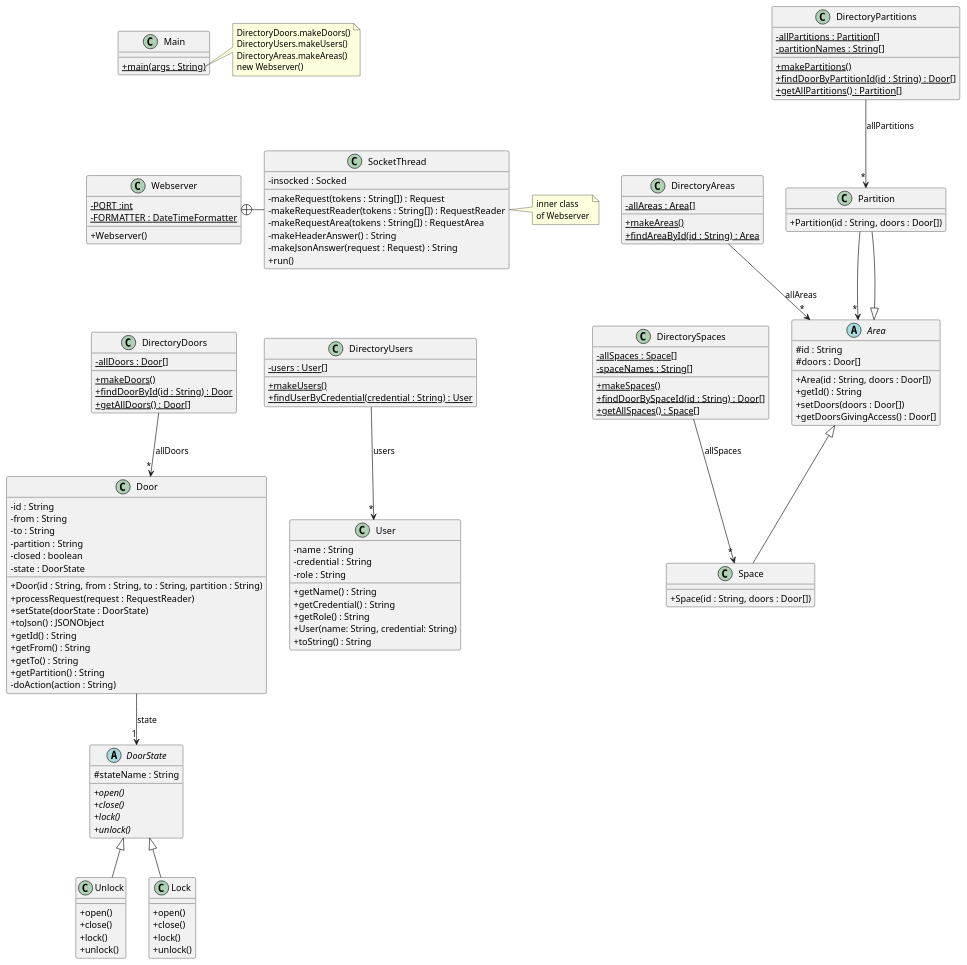
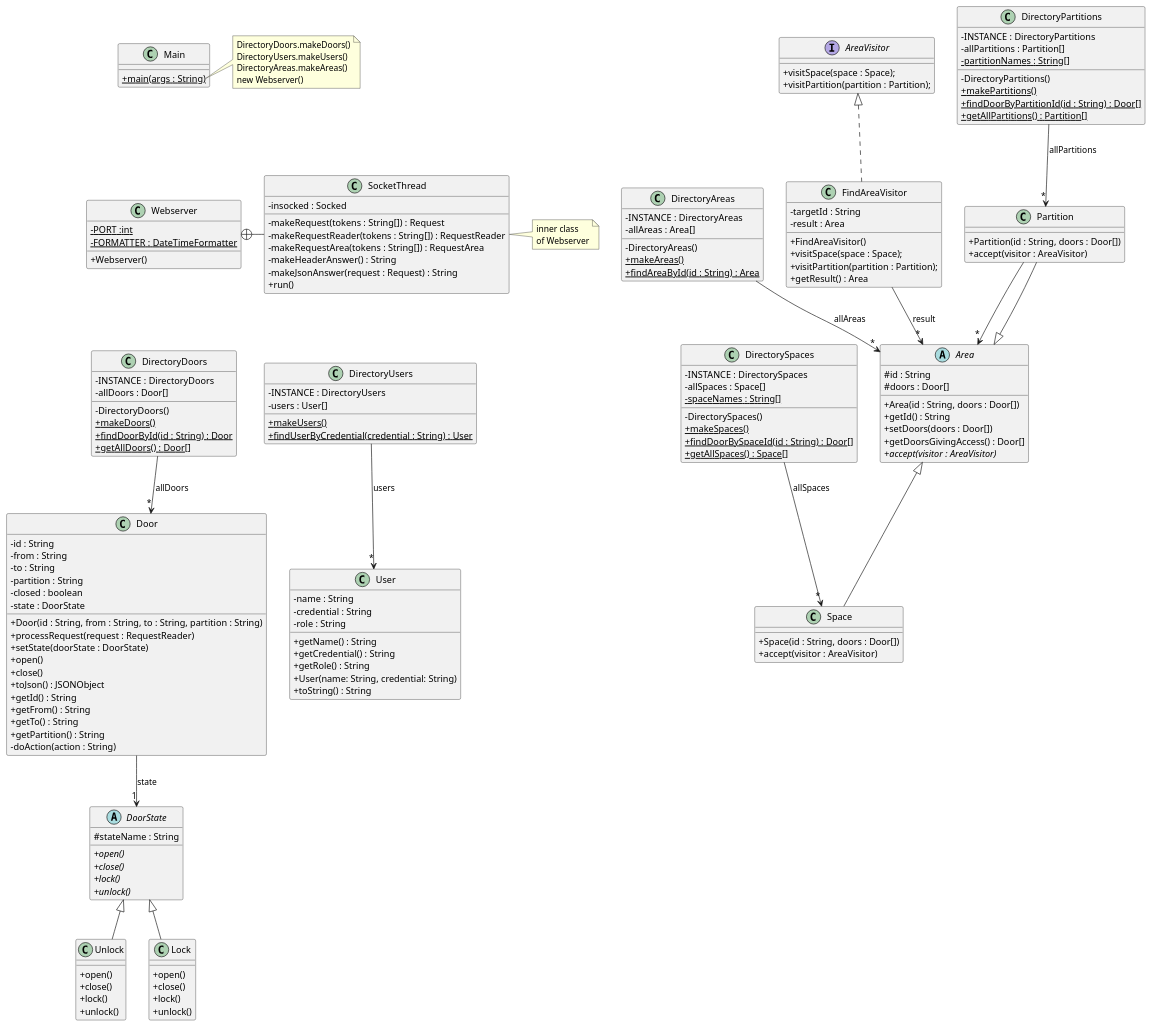
Before and after one commit to davidal15/Projecte-DS: the diagram in src/baseNoStates/uml/base_no_states.puml, drawn with PlantUML.

Commit message:
2.6.1 patro visitor i refactoring

```diff
--- a/src/baseNoStates/uml/base_no_states.puml
+++ b/src/baseNoStates/uml/base_no_states.puml
@@ -1,166 +1,196 @@
 @startuml
 'https://plantuml.com/class-diagram
 skinparam classAttributeIconSize 0
 
 class Webserver {
 - {static} PORT :int
 - {static} FORMATTER : DateTimeFormatter
 + Webserver()
 }
 
 class SocketThread {
 - insocked : Socked
 - makeRequest(tokens : String[]) : Request
 - makeRequestReader(tokens : String[]) : RequestReader
 - makeRequestArea(tokens : String[]) : RequestArea
 - makeHeaderAnswer() : String
 - makeJsonAnswer(request : Request) : String
 + run()
 }
 
 Webserver +-right- SocketThread
 
 note right of SocketThread
 inner class
 of Webserver
 end note
 
 class DirectoryDoors {
-- {static} allDoors : Door[]
+- INSTANCE : DirectoryDoors
+- allDoors : Door[]
+- DirectoryDoors()
 + {static} makeDoors()
 + {static} findDoorById(id : String) : Door
 + {static} getAllDoors() : Door[]
 }
 
 DirectoryDoors --> "*" Door : "allDoors"
 Partition --> "*" Area
 
 class DirectoryUsers {
-- {static} users : User[]
+- INSTANCE : DirectoryUsers
+- users : User[]
 + {static} makeUsers()
 + {static} findUserByCredential(credential : String) : User
 }
 
 DirectoryUsers --> "*" User : "users"
 
 class DirectorySpaces {
--{static} allSpaces : Space[]
+- INSTANCE : DirectorySpaces
+- allSpaces : Space[]
 -{static} spaceNames : String[]
+- DirectorySpaces()
 +{static} makeSpaces()
 +{static} findDoorBySpaceId(id : String) : Door[]
 +{static} getAllSpaces() : Space[]
 }
 
 DirectorySpaces --> "*" Space : "allSpaces"
 
 class DirectoryPartitions {
--{static} allPartitions : Partition[]
+- INSTANCE : DirectoryPartitions
+- allPartitions : Partition[]
 -{static} partitionNames : String[]
+- DirectoryPartitions()
 +{static} makePartitions()
 +{static} findDoorByPartitionId(id : String) : Door[]
 +{static} getAllPartitions() : Partition[]
 }
 
 DirectoryPartitions --> "*" Partition : "allPartitions"
 
 class DirectoryAreas {
-- {static} allAreas : Area[]
+- INSTANCE : DirectoryAreas
+- allAreas : Area[]
+- DirectoryAreas()
 + {static} makeAreas()
 + {static} findAreaById(id : String) : Area
 
 
 }
 
 DirectoryAreas --> "*" Area : "allAreas"
 
 
 class Door {
 - id : String
 - from : String
 - to : String
 - partition : String
 - closed : boolean
 - state : DoorState
 + Door(id : String, from : String, to : String, partition : String)
 + processRequest(request : RequestReader)
 + setState(doorState : DoorState)
++ open()
++ close()
 + toJson() : JSONObject
 + getId() : String
 + getFrom() : String
 + getTo() : String
 + getPartition() : String
 '+ toString() : String
 '+ isClosed() :boolean
 '+ setClosed(b : boolean)
 '+ getStateName() : String
 - doAction(action : String)
 }
 
 abstract class DoorState {
 # stateName : String
 + {abstract} open()
 + {abstract} close()
 + {abstract} lock()
 + {abstract} unlock()
 }
 
 Door --> "1" DoorState : state
 
 class Unlock extends DoorState {
 + open()
 + close()
 + lock()
 + unlock()
 }
 
 class Lock extends DoorState {
 + open()
 + close()
 + lock()
 + unlock()
 }
 
 class User {
 - name : String
 - credential : String
 - role : String
 + getName() : String
 + getCredential() : String
 + getRole() : String
 + User(name: String, credential: String)
 + toString() : String
 }
 
 class Space extends Area{
 + Space(id : String, doors : Door[])
++ accept(visitor : AreaVisitor)
 }
 
 class Partition extends Area{
 + Partition(id : String, doors : Door[])
++ accept(visitor : AreaVisitor)
 }
 
 abstract class Area {
 # id : String
 # doors : Door[]
 + Area(id : String, doors : Door[])
 + getId() : String
 + setDoors(doors : Door[])
 + getDoorsGivingAccess() : Door[]
++ {abstract} accept(visitor : AreaVisitor)
 }
+
+interface AreaVisitor {
++ visitSpace(space : Space);
++ visitPartition(partition : Partition);
+}
+
+class FindAreaVisitor implements AreaVisitor {
+- targetId : String
+- result : Area
++ FindAreaVisitor()
++ visitSpace(space : Space);
++ visitPartition(partition : Partition);
++ getResult() : Area
+}
+
+FindAreaVisitor --> "*" Area : result
 
 
 class Main {
 + {static} main(args : String)
 }
 
 note right of Main::main
 DirectoryDoors.makeDoors()
 DirectoryUsers.makeUsers()
 DirectoryAreas.makeAreas()
 new Webserver()
 end note
 
 Main -[hidden]down- Webserver
 Webserver -[hidden]down- DirectoryDoors
 DirectoryDoors -[hidden]right- DirectoryUsers
 @enduml
```
